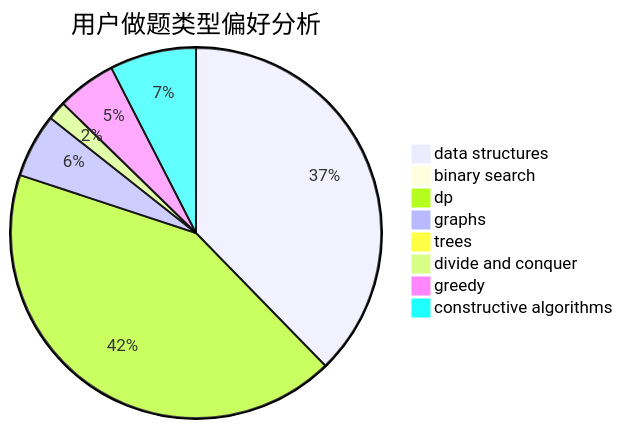
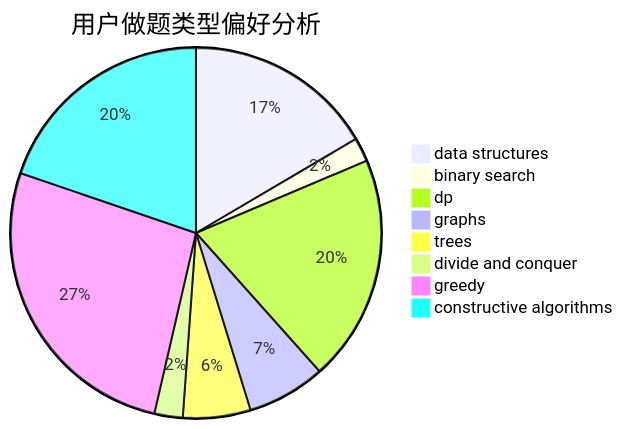
Before and after one commit to sherpahu/cfrs.github.io: the second of 3 diagrams in docs/user/u363.md, drawn with Mermaid. The commit also changed other lines of this file and 2770 other files, not shown here.

````diff
--- a/docs/user/u363.md
+++ b/docs/user/u363.md
@@ -23,11 +23,11 @@
 ```mermaid
 pie title 用户做题类型偏好分析
-    "data structures" :  365
-    "binary search" :  0
-    "dp" :  410
-    "graphs" :  54
-    "trees" :  7
-    "divide and conquer" :  16
-    "greedy" :  50
-    "constructive algorithms" :  73
+    "data structures" :  87
+    "binary search" :  11
+    "dp" :  104
+    "graphs" :  36
+    "trees" :  31
+    "divide and conquer" :  13
+    "greedy" :  140
+    "constructive algorithms" :  104
 ```
````
